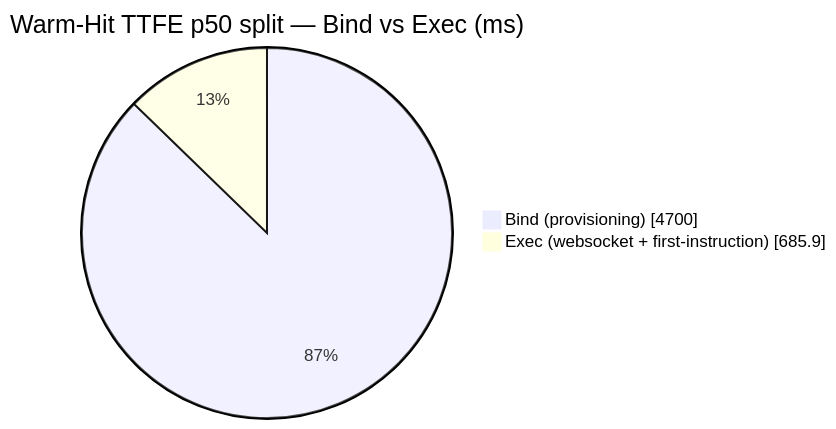
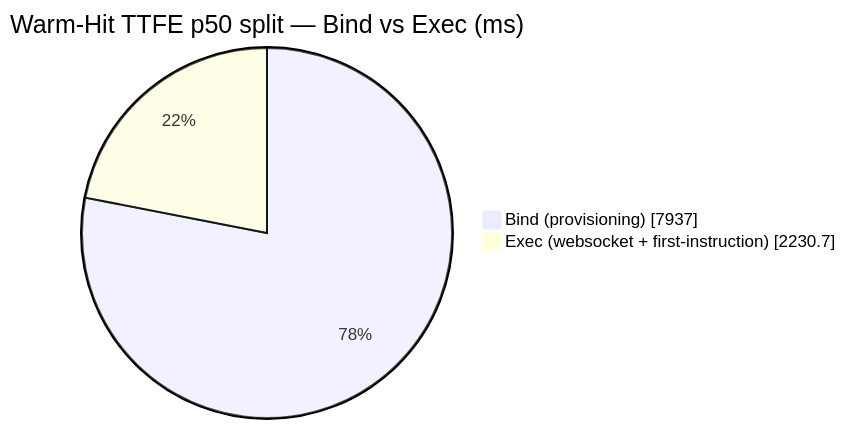
Before and after one commit to AlexBulankou/honest-bench: the diagram in DETAILS.md, drawn with Mermaid. The commit also changed other lines of this file and 4 other files, not shown here.

````diff
--- a/DETAILS.md
+++ b/DETAILS.md
@@ -92,6 +93,6 @@
 ```mermaid
 pie showData
     title Warm-Hit TTFE p50 split — Bind vs Exec (ms)
-    "Bind (provisioning)" : 4700.0
-    "Exec (websocket + first-instruction)" : 685.9
+    "Bind (provisioning)" : 7937.0
+    "Exec (websocket + first-instruction)" : 2230.7
 ```
````
